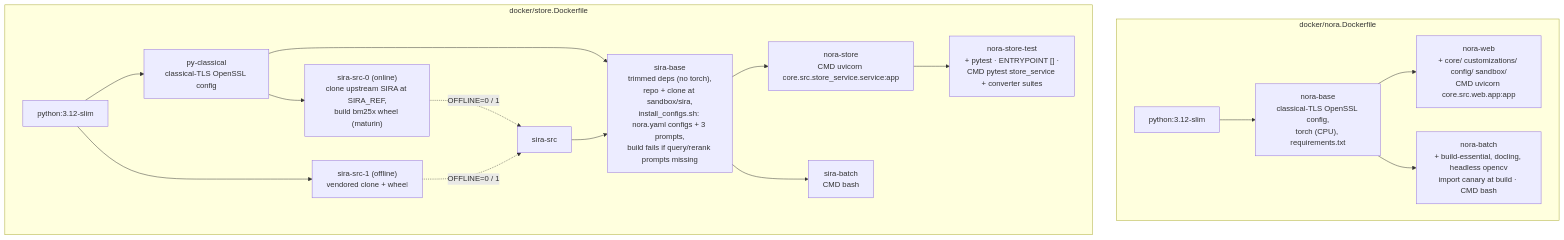
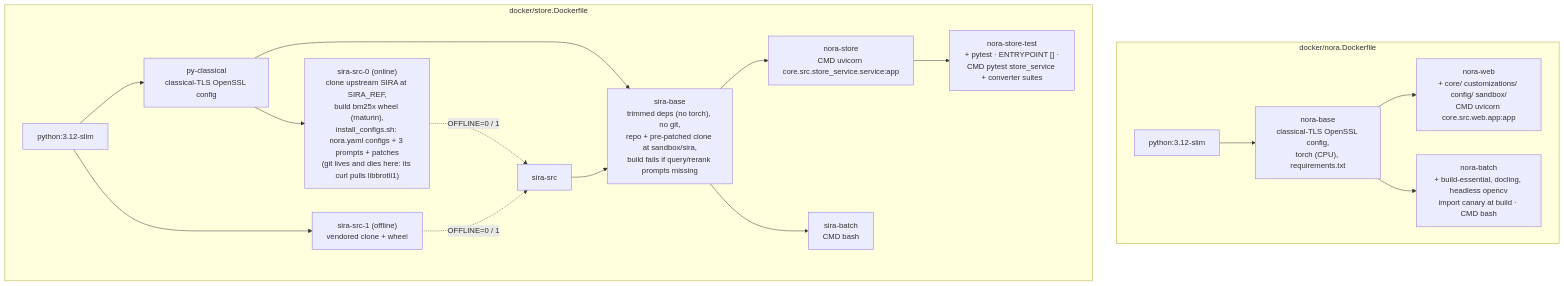
One commit to kurnoolion/nora changed the second of 18 diagrams in docs/architecture.md. Above: the diagram before and after it, drawn with Mermaid. The commit also changed 1 other file, not shown here.

Commit message:
docker: no git in any shipped store-side layer — config patches apply in the throwaway source stage; drops libbrotli1 (CVE-2026-111497) from nora-store, sira-batch and the test image

````diff
--- a/docs/architecture.md
+++ b/docs/architecture.md
@@ -256,19 +256,19 @@
 ```mermaid
 flowchart TB
   subgraph nd["docker/nora.Dockerfile"]
     pyA["python:3.12-slim"] --> nbase["nora-base<br/>classical-TLS OpenSSL config,<br/>torch (CPU), requirements.txt"]
     nbase --> nweb["nora-web<br/>+ core/ customizations/ config/ sandbox/<br/>CMD uvicorn core.src.web.app:app"]
     nbase --> nbatch["nora-batch<br/>+ build-essential, docling, headless opencv<br/>import canary at build · CMD bash"]
   end
   subgraph sd["docker/store.Dockerfile"]
     pyB["python:3.12-slim"] --> pyc["py-classical<br/>classical-TLS OpenSSL config"]
-    pyc --> src0["sira-src-0 (online)<br/>clone upstream SIRA at SIRA_REF,<br/>build bm25x wheel (maturin)"]
+    pyc --> src0["sira-src-0 (online)<br/>clone upstream SIRA at SIRA_REF,<br/>build bm25x wheel (maturin),<br/>install_configs.sh: nora.yaml configs + 3 prompts + patches<br/>(git lives and dies here: its curl pulls libbrotli1)"]
     pyB --> src1["sira-src-1 (offline)<br/>vendored clone + wheel"]
     src0 & src1 -.->|"OFFLINE=0 / 1"| ssrc["sira-src"]
-    pyc --> sbase["sira-base<br/>trimmed deps (no torch),<br/>repo + clone at sandbox/sira,<br/>install_configs.sh: nora.yaml configs + 3 prompts,<br/>build fails if query/rerank prompts missing"]
+    pyc --> sbase["sira-base<br/>trimmed deps (no torch), no git,<br/>repo + pre-patched clone at sandbox/sira,<br/>build fails if query/rerank prompts missing"]
     ssrc --> sbase
     sbase --> nstore["nora-store<br/>CMD uvicorn core.src.store_service.service:app"]
     sbase --> sbatch["sira-batch<br/>CMD bash"]
     nstore --> ntest["nora-store-test<br/>+ pytest · ENTRYPOINT [] ·<br/>CMD pytest store_service + converter suites"]
   end
 ```
````
